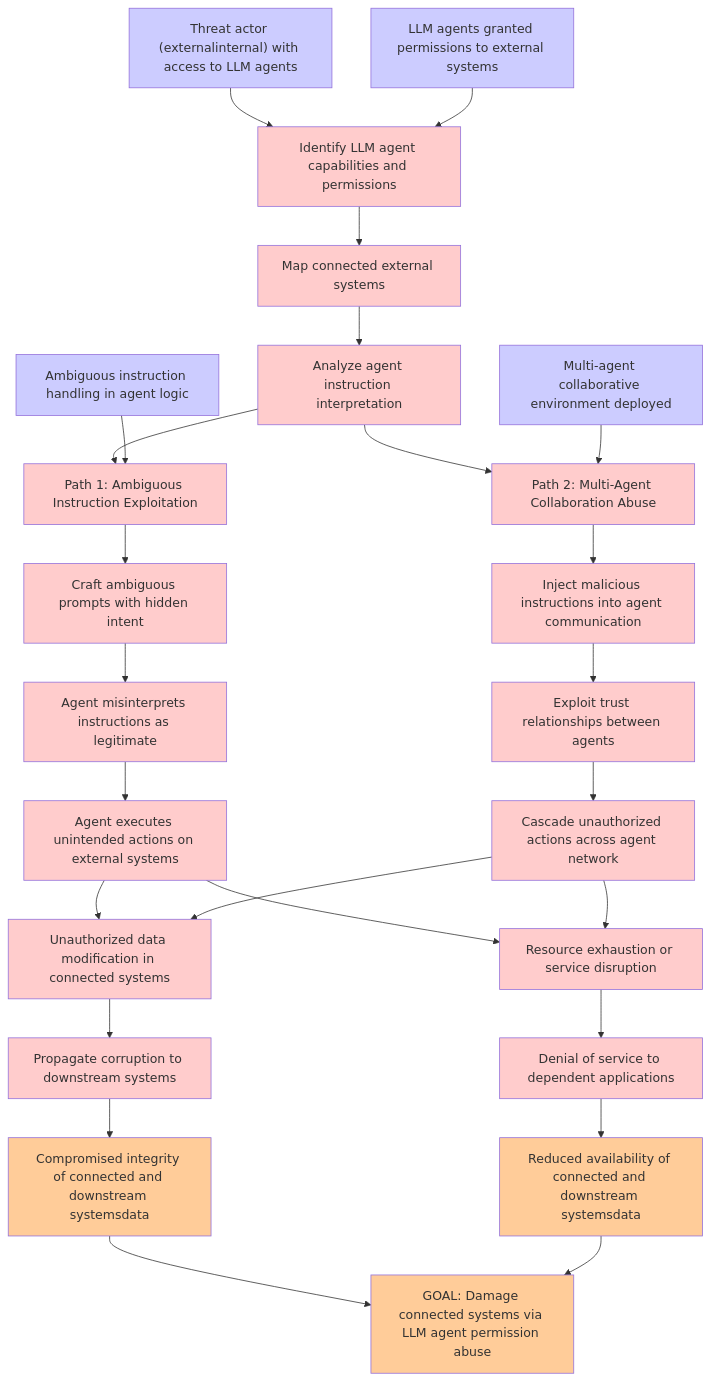
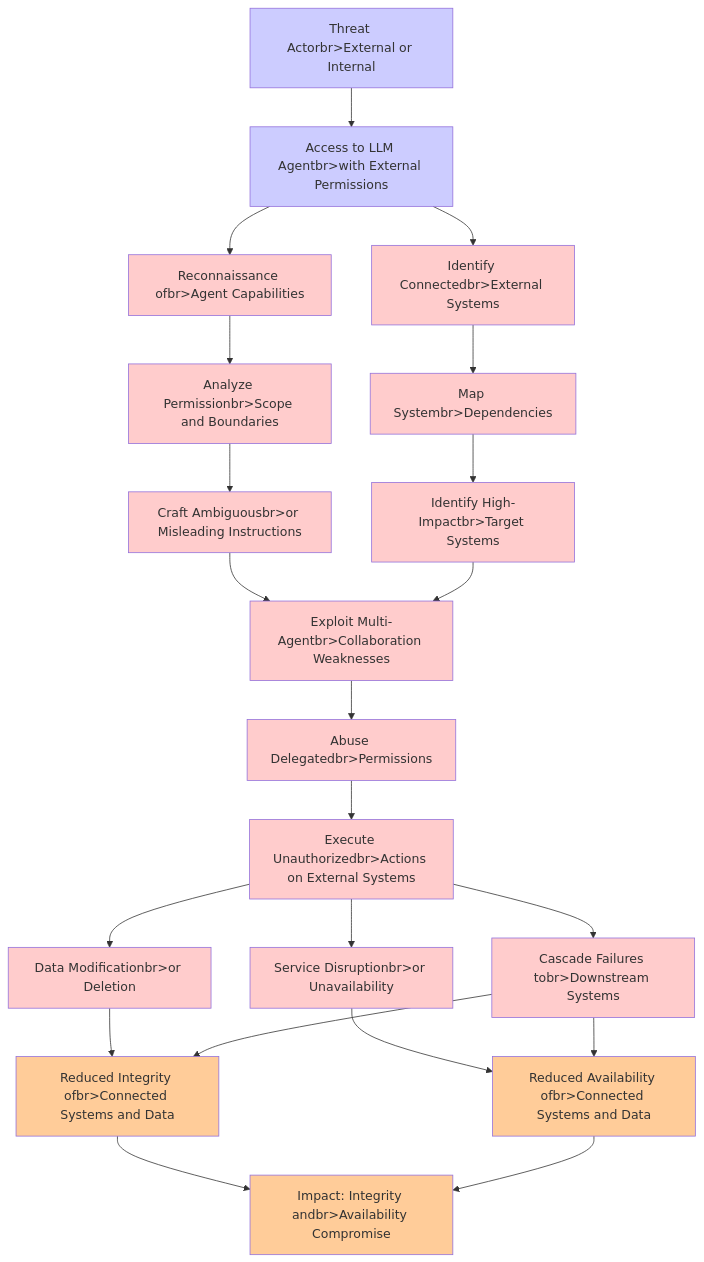
One commit to aws-samples/sample-agentic-attack-tree-generator changed the diagram in sample-applications/genai-chatbot/threatforest/attack_trees/attack_tree_c5119071-e818-4e18-82da-b1f9670cd138_llm06_excessive_agency.md. Above: the diagram before and after it, drawn with Mermaid. The commit also changed other lines of this file and 310 other files, not shown here.

````diff
--- a/sample-applications/genai-chatbot/threatforest/attack_trees/attack_tree_c5119071-e818-4e18-82da-b1f9670cd138_llm06_excessive_agency.md
+++ b/sample-applications/genai-chatbot/threatforest/attack_trees/attack_tree_c5119071-e818-4e18-82da-b1f9670cd138_llm06_excessive_agency.md
@@ -8,38 +8,30 @@
 ```mermaid
 graph TD
-    F1["Threat actor (externalinternal) with access to LLM agents"]
-    F2["LLM agents granted permissions to external systems"]
-    F3["Ambiguous instruction handling in agent logic"]
-    F4["Multi-agent collaborative environment deployed"]
-    F1 --> A1["Identify LLM agent capabilities and permissions"]
-    F2 --> A1
-    A1 --> A2["Map connected external systems"]
-    A2 --> A3["Analyze agent instruction interpretation"]
-    A3 --> PATH1["Path 1: Ambiguous Instruction Exploitation"]
-    A3 --> PATH2["Path 2: Multi-Agent Collaboration Abuse"]
-    F3 --> PATH1
-    PATH1 --> A4["Craft ambiguous prompts with hidden intent"]
-    A4 --> A5["Agent misinterprets instructions as legitimate"]
-    A5 --> A6["Agent executes unintended actions on external systems"]
-    F4 --> PATH2
-    PATH2 --> A7["Inject malicious instructions into agent communication"]
-    A7 --> A8["Exploit trust relationships between agents"]
-    A8 --> A9["Cascade unauthorized actions across agent network"]
-    A6 --> A10["Unauthorized data modification in connected systems"]
-    A9 --> A10
-    A6 --> A11["Resource exhaustion or service disruption"]
-    A9 --> A11
-    A10 --> A12["Propagate corruption to downstream systems"]
-    A11 --> A13["Denial of service to dependent applications"]
-    A12 --> G1["Compromised integrity of connected and downstream systemsdata"]
-    A13 --> G2["Reduced availability of connected and downstream systemsdata"]
-    G1 --> G3["GOAL: Damage connected systems via LLM agent permission abuse"]
-    G2 --> G3
+    A["Threat Actorbr>External or Internal"] --> B["Access to LLM Agentbr>with External Permissions"]
+    B --> C["Reconnaissance ofbr>Agent Capabilities"]
+    B --> D["Identify Connectedbr>External Systems"]
+    C --> E["Analyze Permissionbr>Scope and Boundaries"]
+    D --> F["Map Systembr>Dependencies"]
+    E --> G["Craft Ambiguousbr>or Misleading Instructions"]
+    F --> H["Identify High-Impactbr>Target Systems"]
+    G --> I["Exploit Multi-Agentbr>Collaboration Weaknesses"]
+    H --> I
+    I --> J["Abuse Delegatedbr>Permissions"]
+    J --> K["Execute Unauthorizedbr>Actions on External Systems"]
+    K --> L["Data Modificationbr>or Deletion"]
+    K --> M["Service Disruptionbr>or Unavailability"]
+    K --> N["Cascade Failures tobr>Downstream Systems"]
+    L --> O["Reduced Integrity ofbr>Connected Systems and Data"]
+    M --> P["Reduced Availability ofbr>Connected Systems and Data"]
+    N --> O
+    N --> P
+    O --> Q["Impact: Integrity andbr>Availability Compromise"]
+    P --> Q
+    classDef fact fill:#ccccff
     classDef attack fill:#ffcccc
     classDef goal fill:#ffcc99
-    classDef fact fill:#ccccff
-    class F1,F2,F3,F4 fact
-    class A1,A2,A3,A4,A5,A6,A7,A8,A9,A10,A11,A12,A13,PATH1,PATH2 attack
-    class G1,G2,G3 goal
+    class A,B fact
+    class C,D,E,F,G,H,I,J,K,L,M,N attack
+    class O,P,Q goal
     classDef mitigation fill:#ccffcc
 ```
````
